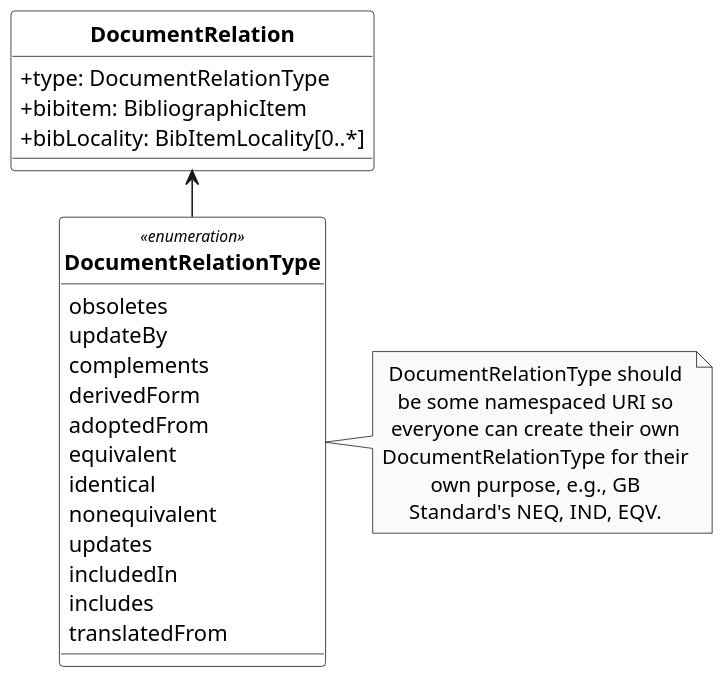
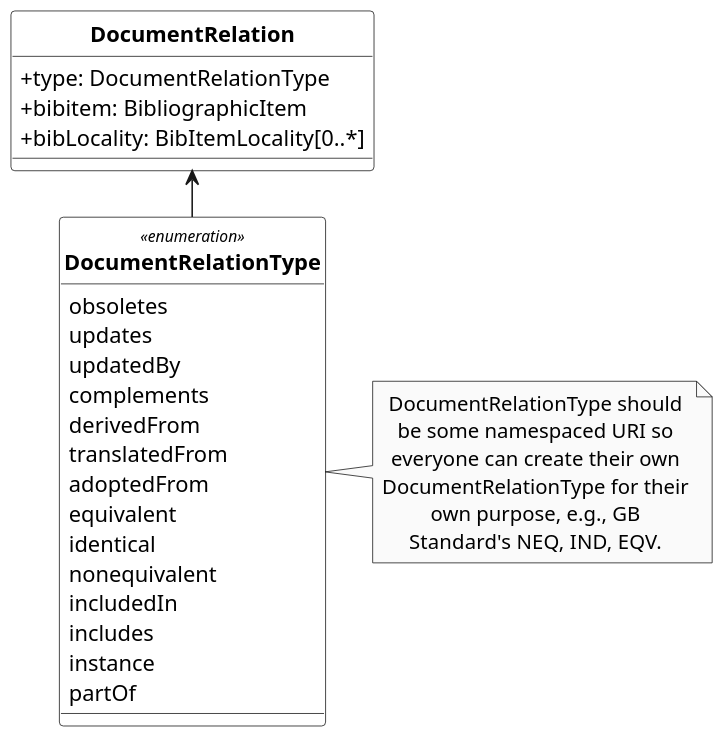
One commit to relaton/relaton-models changed the diagram in models/RelBib_DocumentRelation.wsd. Above: the diagram before and after it, drawn with PlantUML. The commit also changed 27 other files, not shown here.

```diff
--- a/models/RelBib_DocumentRelation.wsd
+++ b/models/RelBib_DocumentRelation.wsd
@@ -1,99 +1,101 @@
 @startuml RelBib_DocumentRelation
 /'
 Diagram:        RelBib_DocumentRelation
 DateCreate:     30/08/2018
 Description:    These bibliographic models are developed to consolidate and standardize the data models used for bibliographic and citation purposes.
                 These models are meant to be fully compatible with ISO 690 and ISO TC 46’s (and SC 4, SC 9) work on bibliography.
                 They are used extensively in the following projects as containers for bibliographic data management and for managing document metadata:
 
                 - ISO Standards
                 - CSD Standards
                 - Chinese Standards (GB and family)
                 - ISO bibliography gem
                 
                 Below are the UML diagrams.
                 The document models are expressed as UML and as RelaxNG Compact (RNC) grammars; see discussion under Grammars. This repository contains the RNC grammars for the base BibliographicItem model, Citation model and the Contributor model.
                 The document models are currently used by IsoDoc-based authoring tools for standards, which convert Asciidoctor source to XML representations of the document models, and validate the XML generated against the RNC schemas:
                 
                 - https://github.com/riboseinc/asciidoctor-iso
                 - https://github.com/riboseinc/asciidoctor-csd
                 - https://github.com/riboseinc/asciidoctor-gb
                 
                 They are also used by tools that render those XML representations of the document models, into HTML and Microsoft Word:
                 
                 - https://github.com/riboseinc/isodoc
                 - https://github.com/riboseinc/asciidoctor-csd (inheriting from isodoc)
                 - https://github.com/riboseinc/asciidoctor-gb (inheriting from isodoc)
 
 Hystory of changes:
 > DD/MM/YYYY
     - 
     - 
 '/
 
 '******* CONFIGURATION ************************************************
 top to bottom direction
 skinparam classAttributeIconSize 0
 skinparam Dpi 150
 skinparam Monochrome true
 skinparam LineType ortho
 skinparam nodesep 30
 skinparam ranksep 30
 hide circle
 /' skinparam CircledCharacterRadius 0 '/
 /' skinparam CircledCharacterFontSize 0 '/
 skinparam Default {
 TextAlignment center
 FontName Helvetica
 }
 skinparam Class {
 AttributeIconSize 0
 BackgroundColor White
 FontStyle bold
 StereotypeFontSize 10
 }
 skinparam Rectangle {
 BackgroundColor White
 FontStyle bold
 FontSize 11
 StereotypeFontSize 10
 }
 skinparam Object {
 BackgroundColor White
 FontStyle bold
 FontSize 11
 StereotypeFontSize 10
 }
 skinparam Entity {
 StereotypeFontSize 10
 }
 
 '******* CLASS DEFINITION *********************************************
 class DocumentRelation {
     +type: DocumentRelationType
     +bibitem: BibliographicItem
     +bibLocality: BibItemLocality[0..*]
 }
 
 enum DocumentRelationType <<enumeration>>{
     obsoletes
-    updateBy
+    updates
+    updatedBy
     complements
-    derivedForm
+    derivedFrom
+    translatedFrom
     adoptedFrom
     equivalent
     identical
     nonequivalent
-    updates
     includedIn
     includes
-    translatedFrom
+    instance
+    partOf
 }
 
 '******* NOTES ********************************************************
 note right of DocumentRelationType: DocumentRelationType should\nbe some namespaced URI so\neveryone can create their own\nDocumentRelationType for their\nown purpose, e.g., GB\nStandard's NEQ, IND, EQV.
 
 '******* CLASS RELATIONS **********************************************
 DocumentRelation <-- DocumentRelationType
 
 @enduml
```
